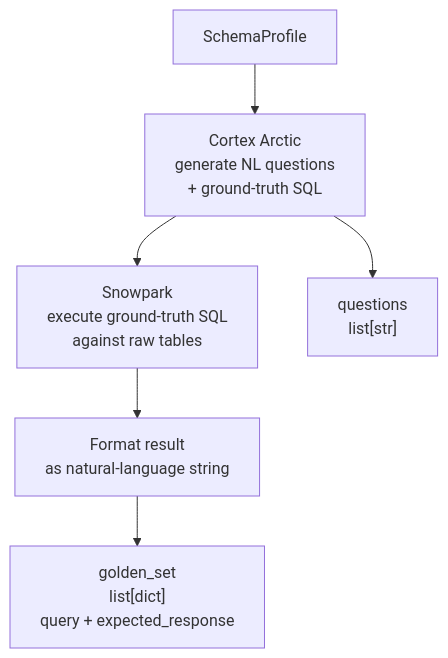
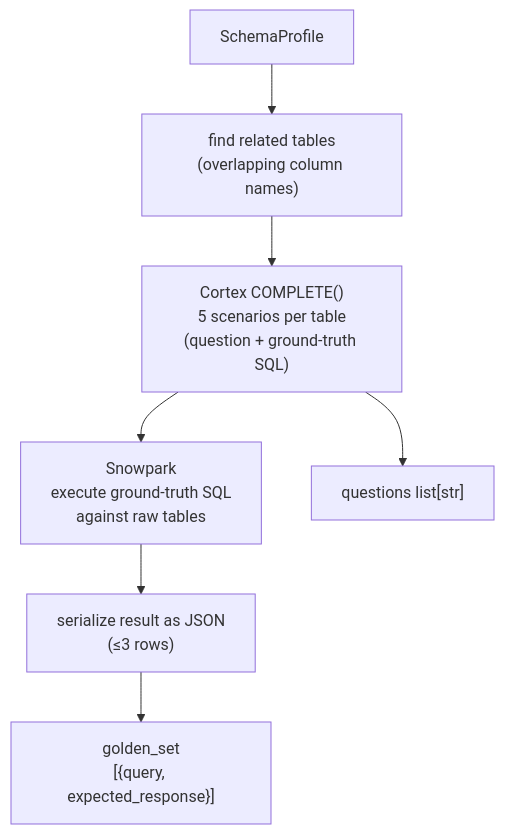
One commit to CynicDog/semantic-model-weaver changed the seventh of 13 diagrams in .claude/architecture/ARCHITECTURE.md. Above: the diagram before and after it, drawn with Mermaid. The commit also changed other lines of this file and 21 other files, not shown here.

````diff
--- a/.claude/architecture/ARCHITECTURE.md
+++ b/.claude/architecture/ARCHITECTURE.md
@@ -243,13 +368,14 @@
 ```mermaid
 flowchart TD
     sp["SchemaProfile"]
-    gen["Cortex Arctic\ngenerate NL questions\n+ ground-truth SQL"]
+    related["find related tables\n(overlapping column names)"]
+    gen["Cortex COMPLETE()\n5 scenarios per table\n(question + ground-truth SQL)"]
     exec["Snowpark\nexecute ground-truth SQL\nagainst raw tables"]
-    fmt["Format result\nas natural-language string"]
-    out1["questions\nlist[str]"]
-    out2["golden_set\nlist[dict]\nquery + expected_response"]
+    fmt["serialize result as JSON\n(≤3 rows)"]
+    out1["questions list[str]"]
+    out2["golden_set\n[{query, expected_response}]"]
 
-    sp --> gen
+    sp --> related --> gen
     gen --> out1
     gen --> exec --> fmt --> out2
 ```
````
